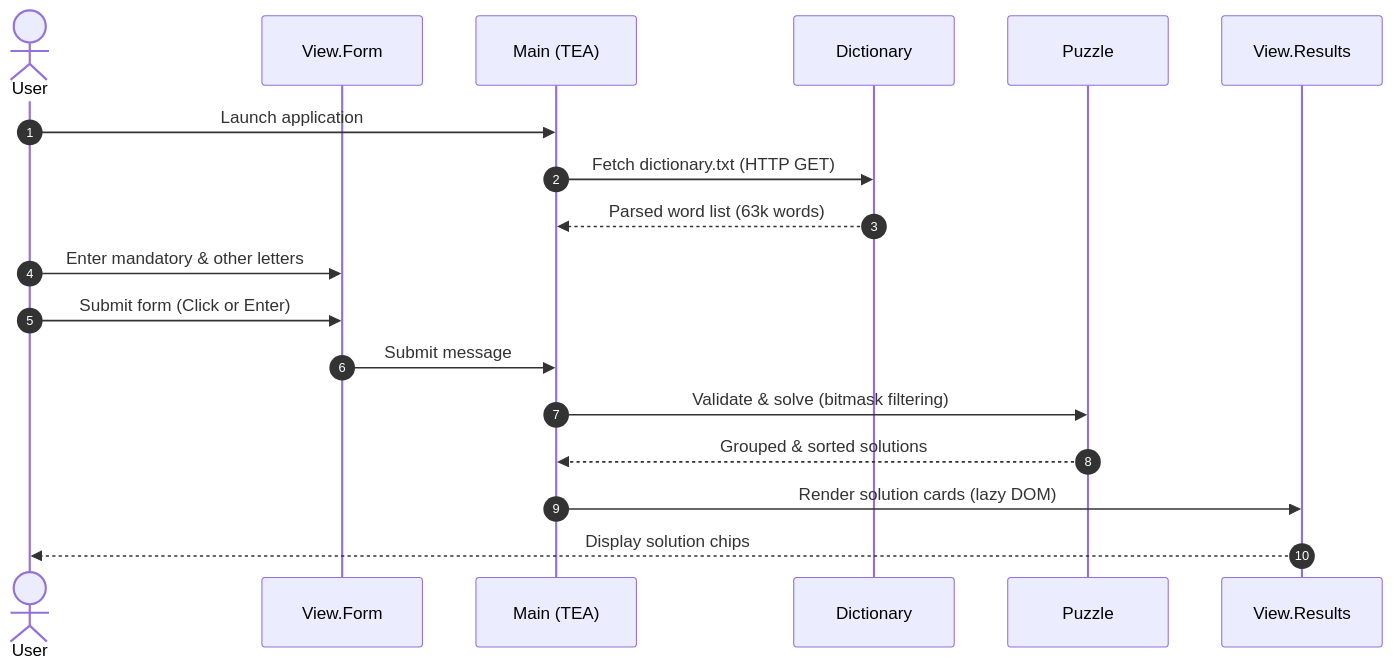
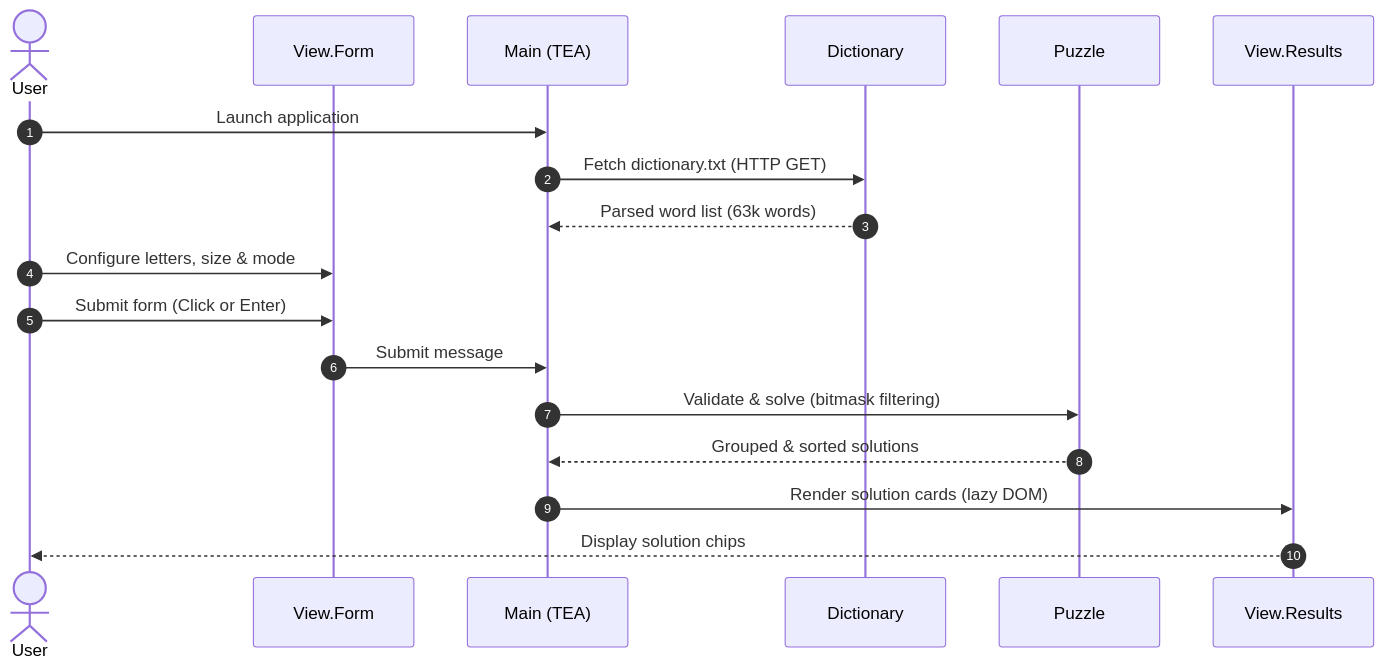
The third of 3 diagrams in README.md (frankhjung/elm-wordpuzzle), drawn with Mermaid before and after one commit. The commit also changed other lines of this file and 14 other files, not shown here.

````diff
--- a/README.md
+++ b/README.md
@@ -92,21 +225,21 @@
 ```mermaid
 sequenceDiagram
   autonumber
   actor User as User
   participant Form as View.Form
   participant Main as Main (TEA)
   participant Dict as Dictionary
   participant Solver as Puzzle
   participant Results as View.Results
 
   User->>Main: Launch application
   Main->>Dict: Fetch dictionary.txt (HTTP GET)
   Dict-->>Main: Parsed word list (63k words)
-  User->>Form: Enter mandatory & other letters
+  User->>Form: Configure letters, size & mode
   User->>Form: Submit form (Click or Enter)
   Form->>Main: Submit message
   Main->>Solver: Validate & solve (bitmask filtering)
   Solver-->>Main: Grouped & sorted solutions
   Main->>Results: Render solution cards (lazy DOM)
   Results-->>User: Display solution chips
 ```
````
